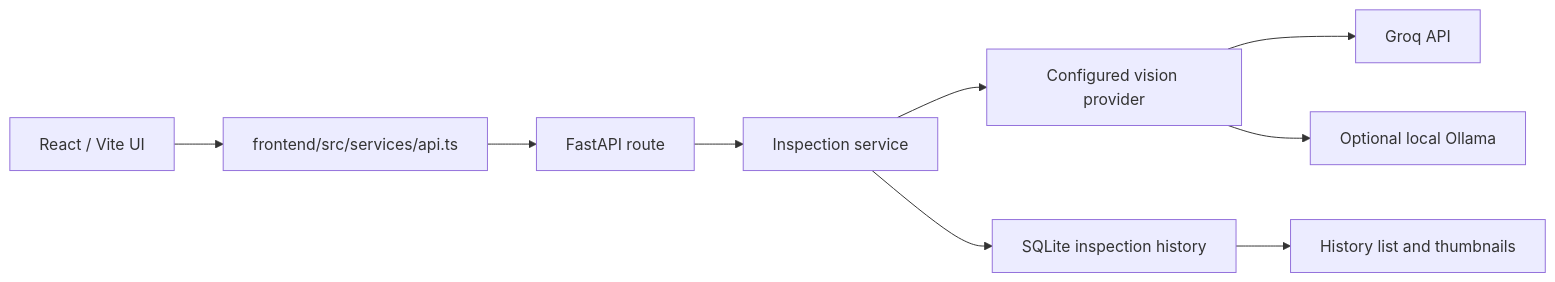
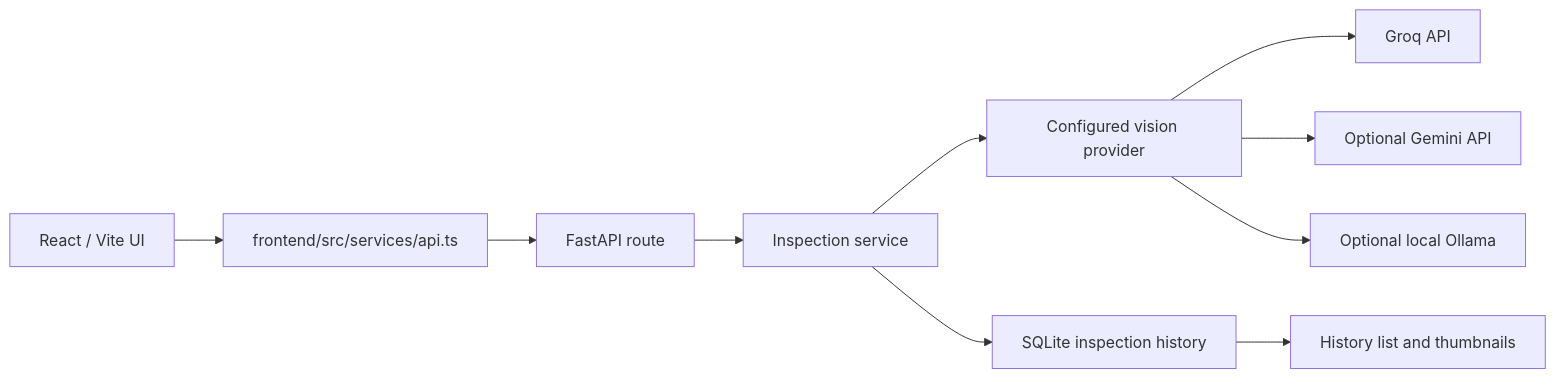
Before and after one commit to HamzaShafiq44/FieldMark: the diagram in README.md, drawn with Mermaid. The commit also changed other lines of this file and 30 other files, not shown here.

````diff
--- a/README.md
+++ b/README.md
@@ -9,11 +9,12 @@
 ```mermaid
 flowchart LR
     Browser["React / Vite UI"] --> ApiClient["frontend/src/services/api.ts"]
     ApiClient --> Route["FastAPI route"]
     Route --> Service["Inspection service"]
     Service --> Factory["Configured vision provider"]
     Factory --> Groq["Groq API"]
+    Factory --> Gemini["Optional Gemini API"]
     Factory --> Ollama["Optional local Ollama"]
     Service --> SQLite["SQLite inspection history"]
     SQLite --> History["History list and thumbnails"]
 ```
````
